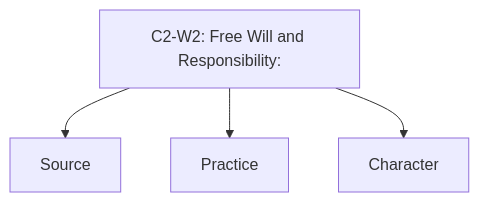
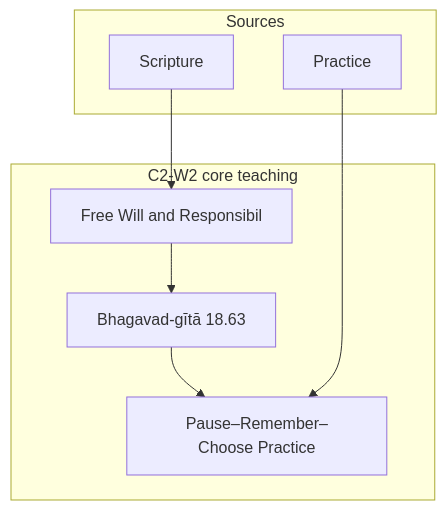
Before and after one commit to swap2you/kutumba-family-program: the diagram in 11-weekly-program-library/first-six-months/c2-w2-free-will-and-responsibility-the-next-choice-matters/visuals/concept-map.mmd, drawn with Mermaid. The commit also changed 198 other files, not shown here.

```diff
--- a/11-weekly-program-library/first-six-months/c2-w2-free-will-and-responsibility-the-next-choice-matters/visuals/concept-map.mmd
+++ b/11-weekly-program-library/first-six-months/c2-w2-free-will-and-responsibility-the-next-choice-matters/visuals/concept-map.mmd
@@ -1,4 +1,13 @@
-flowchart TD
-  A[C2-W2: Free Will and Responsibility: ] --> B[Source]
-  A --> C[Practice]
-  A --> D[Character]
+flowchart TB
+    subgraph TEACHING["C2-W2 core teaching"]
+        A["Free Will and Responsibil"]
+        B["Bhagavad-gītā 18.63"]
+        C["Pause–Remember–Choose Practice"]
+    end
+    subgraph SOURCES["Sources"]
+        S1[Scripture]
+        S2[Practice]
+    end
+    A --> B --> C
+    S1 --> A
+    S2 --> C
```
